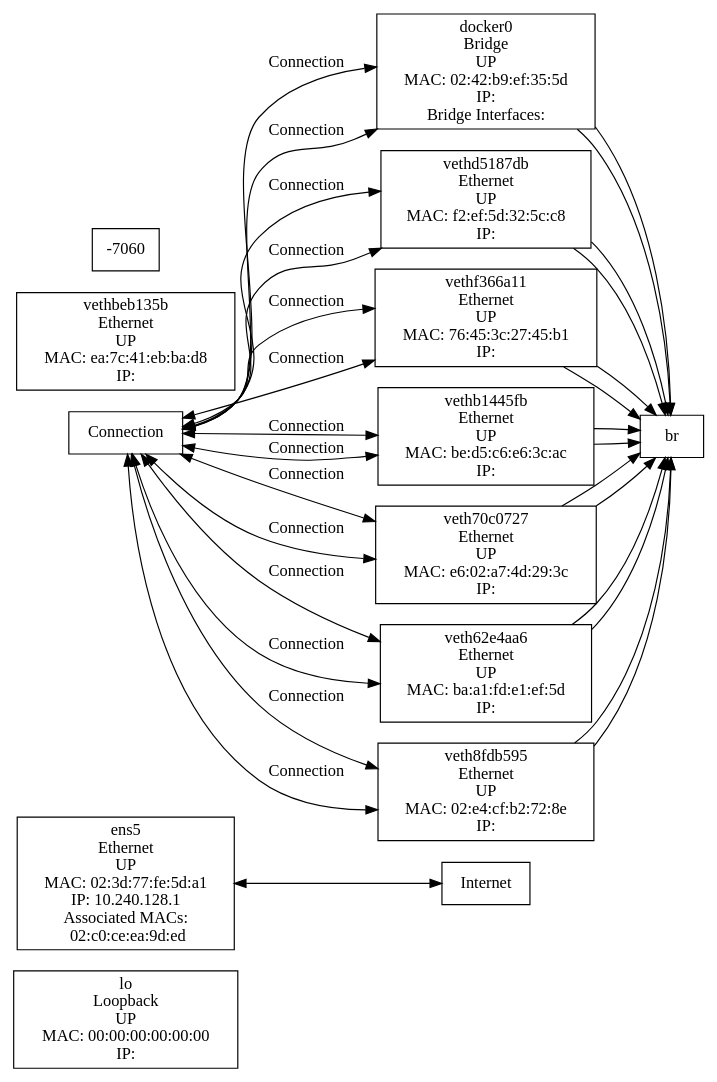
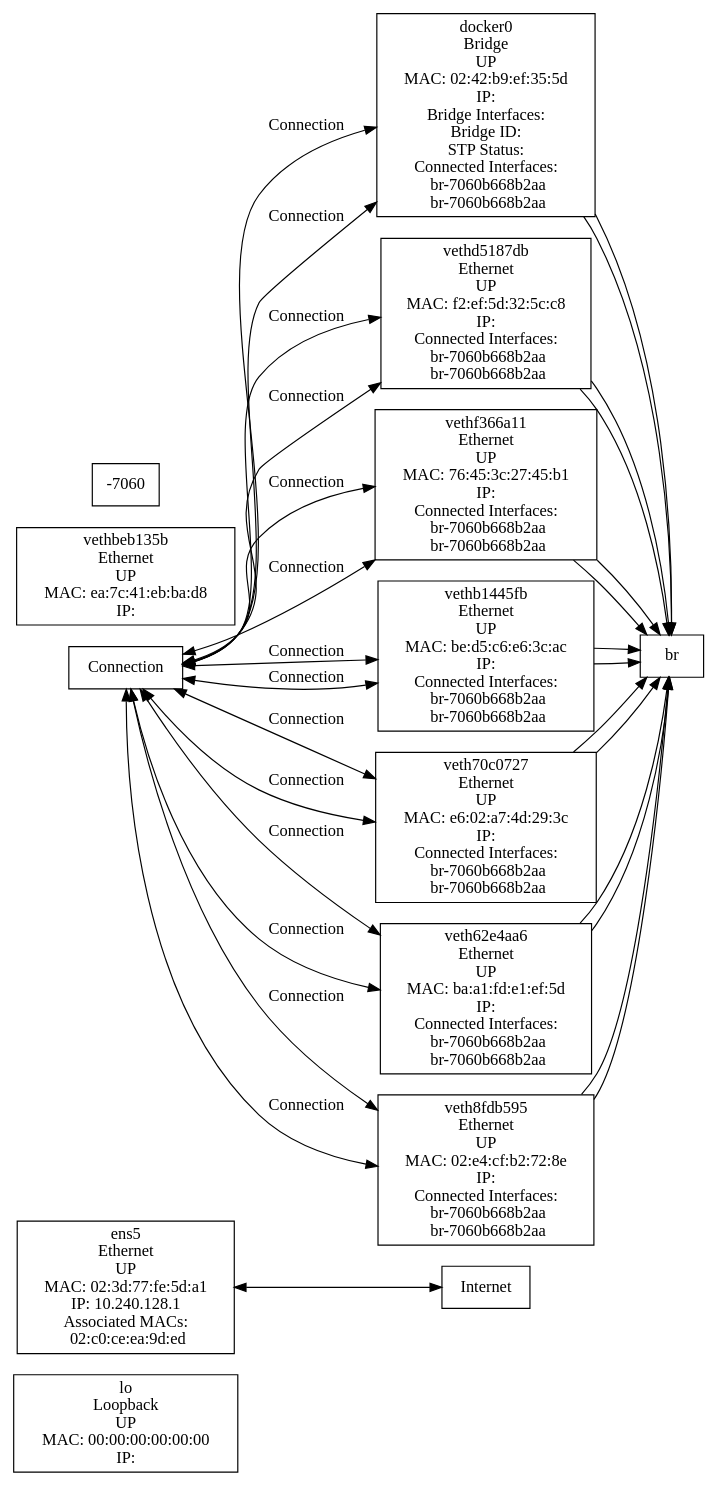
Before and after one commit to ohhmm/_: the diagram in network_topology.dot, drawn with Graphviz. The commit also changed 2 other files, not shown here.

Commit message:
Updated network topology tool to include all network interfaces
Enhanced test plan to cover various interface types

```diff
--- a/network_topology.dot
+++ b/network_topology.dot
@@ -1,50 +1,50 @@
 digraph network_topology {
     rankdir=LR;
     node [shape=box];
 
     lo [label="lo\nLoopback\nUP\nMAC: 00:00:00:00:00:00\nIP: "];
     ens5 [label="ens5\nEthernet\nUP\nMAC: 02:3d:77:fe:5d:a1\nIP: 10.240.128.1\nAssociated MACs:\n  02:c0:ce:ea:9d:ed"];
-    docker0 [label="docker0\nBridge\nUP\nMAC: 02:42:b9:ef:35:5d\nIP: \nBridge Interfaces:"];
+    docker0 [label="docker0\nBridge\nUP\nMAC: 02:42:b9:ef:35:5d\nIP: \nBridge Interfaces:\nBridge ID: \nSTP Status: \nConnected Interfaces:\n  br-7060b668b2aa\n  br-7060b668b2aa"];
     vethbeb135b [label="vethbeb135b\nEthernet\nUP\nMAC: ea:7c:41:eb:ba:d8\nIP: "];
-    vethd5187db [label="vethd5187db\nEthernet\nUP\nMAC: f2:ef:5d:32:5c:c8\nIP: "];
-    br-7060b668b2aa [label="br-7060b668b2aa\nBridge\nUP\nMAC: 02:42:d0:16:f9:30\nIP: \nBridge Interfaces:\n  veth62e4aa6\n  veth70c0727\n  veth8fdb595\n  vethb1445fb\n  vethf366a11\n  docker0\n  vethd5187db"];
-    vethf366a11 [label="vethf366a11\nEthernet\nUP\nMAC: 76:45:3c:27:45:b1\nIP: "];
-    vethb1445fb [label="vethb1445fb\nEthernet\nUP\nMAC: be:d5:c6:e6:3c:ac\nIP: "];
-    veth70c0727 [label="veth70c0727\nEthernet\nUP\nMAC: e6:02:a7:4d:29:3c\nIP: "];
-    veth62e4aa6 [label="veth62e4aa6\nEthernet\nUP\nMAC: ba:a1:fd:e1:ef:5d\nIP: "];
-    veth8fdb595 [label="veth8fdb595\nEthernet\nUP\nMAC: 02:e4:cf:b2:72:8e\nIP: "];
+    vethd5187db [label="vethd5187db\nEthernet\nUP\nMAC: f2:ef:5d:32:5c:c8\nIP: \nConnected Interfaces:\n  br-7060b668b2aa\n  br-7060b668b2aa"];
+    br-7060b668b2aa [label="br-7060b668b2aa\nBridge\nUP\nMAC: 02:42:d0:16:f9:30\nIP: \nBridge Interfaces:\n  veth62e4aa6\n  veth70c0727\n  veth8fdb595\n  vethb1445fb\n  vethf366a11\n  docker0\n  vethd5187db\nBridge ID: 8000.0242d016f930\nSTP Status: no\nConnected Interfaces:\n  veth62e4aa6\n  veth70c0727\n  veth8fdb595\n  vethb1445fb\n  vethf366a11\n  docker0\n  vethd5187db\n  veth62e4aa6\n  veth70c0727\n  veth8fdb595\n  vethb1445fb\n  vethf366a11\n  docker0\n  vethd5187db"];
+    vethf366a11 [label="vethf366a11\nEthernet\nUP\nMAC: 76:45:3c:27:45:b1\nIP: \nConnected Interfaces:\n  br-7060b668b2aa\n  br-7060b668b2aa"];
+    vethb1445fb [label="vethb1445fb\nEthernet\nUP\nMAC: be:d5:c6:e6:3c:ac\nIP: \nConnected Interfaces:\n  br-7060b668b2aa\n  br-7060b668b2aa"];
+    veth70c0727 [label="veth70c0727\nEthernet\nUP\nMAC: e6:02:a7:4d:29:3c\nIP: \nConnected Interfaces:\n  br-7060b668b2aa\n  br-7060b668b2aa"];
+    veth62e4aa6 [label="veth62e4aa6\nEthernet\nUP\nMAC: ba:a1:fd:e1:ef:5d\nIP: \nConnected Interfaces:\n  br-7060b668b2aa\n  br-7060b668b2aa"];
+    veth8fdb595 [label="veth8fdb595\nEthernet\nUP\nMAC: 02:e4:cf:b2:72:8e\nIP: \nConnected Interfaces:\n  br-7060b668b2aa\n  br-7060b668b2aa"];
 
     // Connections
     docker0 -> br-7060b668b2aa [dir=both, label="Connection"];
     docker0 -> br-7060b668b2aa [dir=both, label="Connection"];
     vethd5187db -> br-7060b668b2aa [dir=both, label="Connection"];
     vethd5187db -> br-7060b668b2aa [dir=both, label="Connection"];
     br-7060b668b2aa -> veth62e4aa6 [dir=both, label="Connection"];
     br-7060b668b2aa -> veth70c0727 [dir=both, label="Connection"];
     br-7060b668b2aa -> veth8fdb595 [dir=both, label="Connection"];
     br-7060b668b2aa -> vethb1445fb [dir=both, label="Connection"];
     br-7060b668b2aa -> vethf366a11 [dir=both, label="Connection"];
     br-7060b668b2aa -> docker0 [dir=both, label="Connection"];
     br-7060b668b2aa -> vethd5187db [dir=both, label="Connection"];
     br-7060b668b2aa -> veth62e4aa6 [dir=both, label="Connection"];
     br-7060b668b2aa -> veth70c0727 [dir=both, label="Connection"];
     br-7060b668b2aa -> veth8fdb595 [dir=both, label="Connection"];
     br-7060b668b2aa -> vethb1445fb [dir=both, label="Connection"];
     br-7060b668b2aa -> vethf366a11 [dir=both, label="Connection"];
     br-7060b668b2aa -> docker0 [dir=both, label="Connection"];
     br-7060b668b2aa -> vethd5187db [dir=both, label="Connection"];
     vethf366a11 -> br-7060b668b2aa [dir=both, label="Connection"];
     vethf366a11 -> br-7060b668b2aa [dir=both, label="Connection"];
     vethb1445fb -> br-7060b668b2aa [dir=both, label="Connection"];
     vethb1445fb -> br-7060b668b2aa [dir=both, label="Connection"];
     veth70c0727 -> br-7060b668b2aa [dir=both, label="Connection"];
     veth70c0727 -> br-7060b668b2aa [dir=both, label="Connection"];
     veth62e4aa6 -> br-7060b668b2aa [dir=both, label="Connection"];
     veth62e4aa6 -> br-7060b668b2aa [dir=both, label="Connection"];
     veth8fdb595 -> br-7060b668b2aa [dir=both, label="Connection"];
     veth8fdb595 -> br-7060b668b2aa [dir=both, label="Connection"];
 
     // External network connection
     internet [shape=cloud, label="Internet"];
     ens5 -> internet [dir=both];
 }
```
